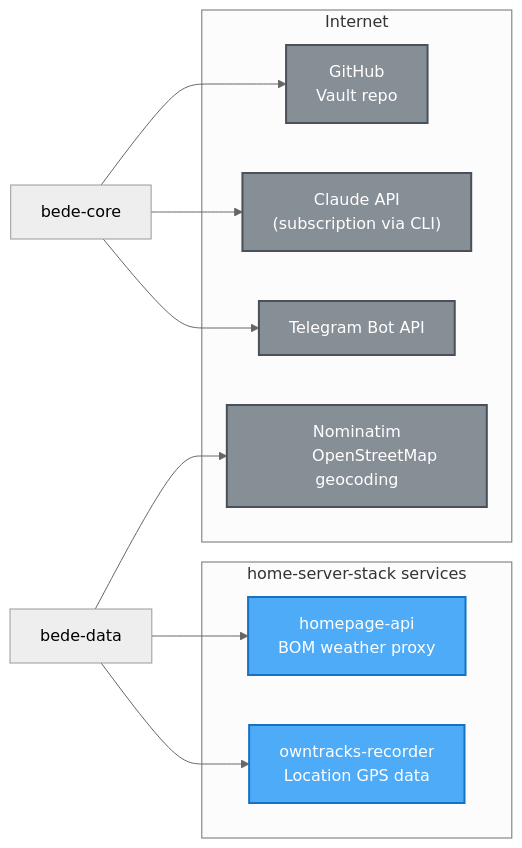
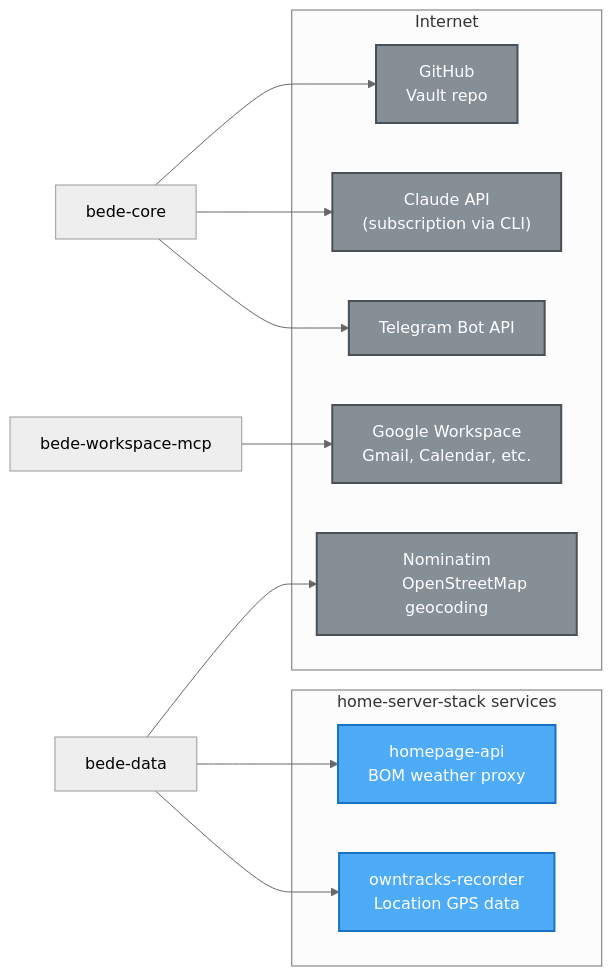
Before and after one commit to josephradford/bede: the third of 3 diagrams in ARCHITECTURE.md, drawn with Mermaid (neutral theme). The commit also changed other lines of this file and 2 other files, not shown here.

````diff
--- a/ARCHITECTURE.md
+++ b/ARCHITECTURE.md
@@ -228,33 +254,36 @@
 ```mermaid
 graph LR
     subgraph HomeServerStack["home-server-stack services"]
         OT["owntracks-recorder
         Location GPS data"]
         HA["homepage-api
         BOM weather proxy"]
     end
 
     subgraph Internet["Internet"]
         TG["Telegram Bot API"]
         CL["Claude API
         (subscription via CLI)"]
         NM["Nominatim
         OpenStreetMap geocoding"]
+        GW["Google Workspace
+        Gmail, Calendar, etc."]
         GH["GitHub
         Vault repo"]
     end
 
     Core["bede-core"] --> TG
     Core --> CL
     Core --> GH
 
     Data["bede-data"] --> OT
     Data --> HA
     Data --> NM
+    WMCP["bede-workspace-mcp"] --> GW
 
     classDef stack fill:#4dabf7,stroke:#1971c2,stroke-width:2px,color:#fff
     classDef internet fill:#868e96,stroke:#495057,stroke-width:2px,color:#fff
 
     class OT,HA stack
-    class TG,CL,NM,GH internet
+    class TG,CL,NM,GH,GW internet
 ```
````
